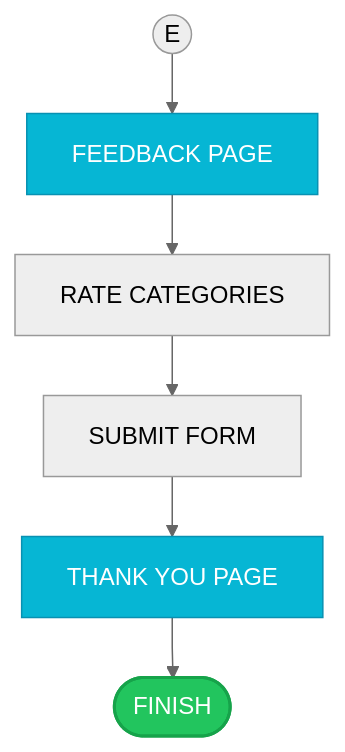
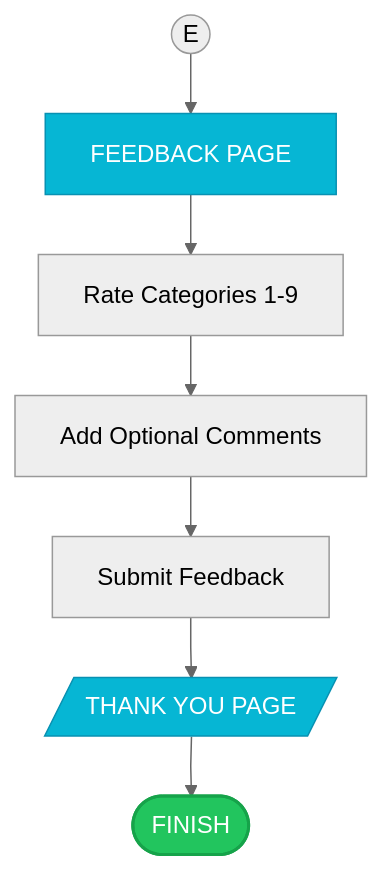
Before and after one commit to Yui1003/iCCAT: the fifth of 6 diagrams in iCCAT-Academic-Flowcharts-Printable.md, drawn with Mermaid (neutral theme). The commit also changed other lines of this file, not shown here.

First line of the commit message:
Add comprehensive academic flowcharts to the kiosk documentation

````diff
--- a/iCCAT-Academic-Flowcharts-Printable.md
+++ b/iCCAT-Academic-Flowcharts-Printable.md
@@ -103,15 +149,16 @@
 ```mermaid
 %%{init: {'flowchart': {'curve': 'linear', 'nodeSpacing': 40, 'rankSpacing': 40}}}%%
 flowchart TB
     classDef startEnd fill:#22c55e,stroke:#16a34a,color:#fff,stroke-width:2px
     classDef display fill:#06b6d4,stroke:#0891b2,color:#fff
     
     E((E)) --> FEEDBACK[FEEDBACK PAGE]
-    FEEDBACK --> RATE[RATE CATEGORIES]
-    RATE --> SUBMIT[SUBMIT FORM]
-    SUBMIT --> THANK_YOU[THANK YOU PAGE]
-    THANK_YOU --> FINISH([FINISH])
+    FEEDBACK --> RATE[Rate Categories 1-9]
+    RATE --> COMM[Add Optional Comments]
+    COMM --> SUBMIT[Submit Feedback]
+    SUBMIT --> CONFIRM[/THANK YOU PAGE/]
+    CONFIRM --> FINISH([FINISH])
 
     class FINISH startEnd
-    class FEEDBACK,THANK_YOU display
+    class FEEDBACK,CONFIRM display
 ```
````
